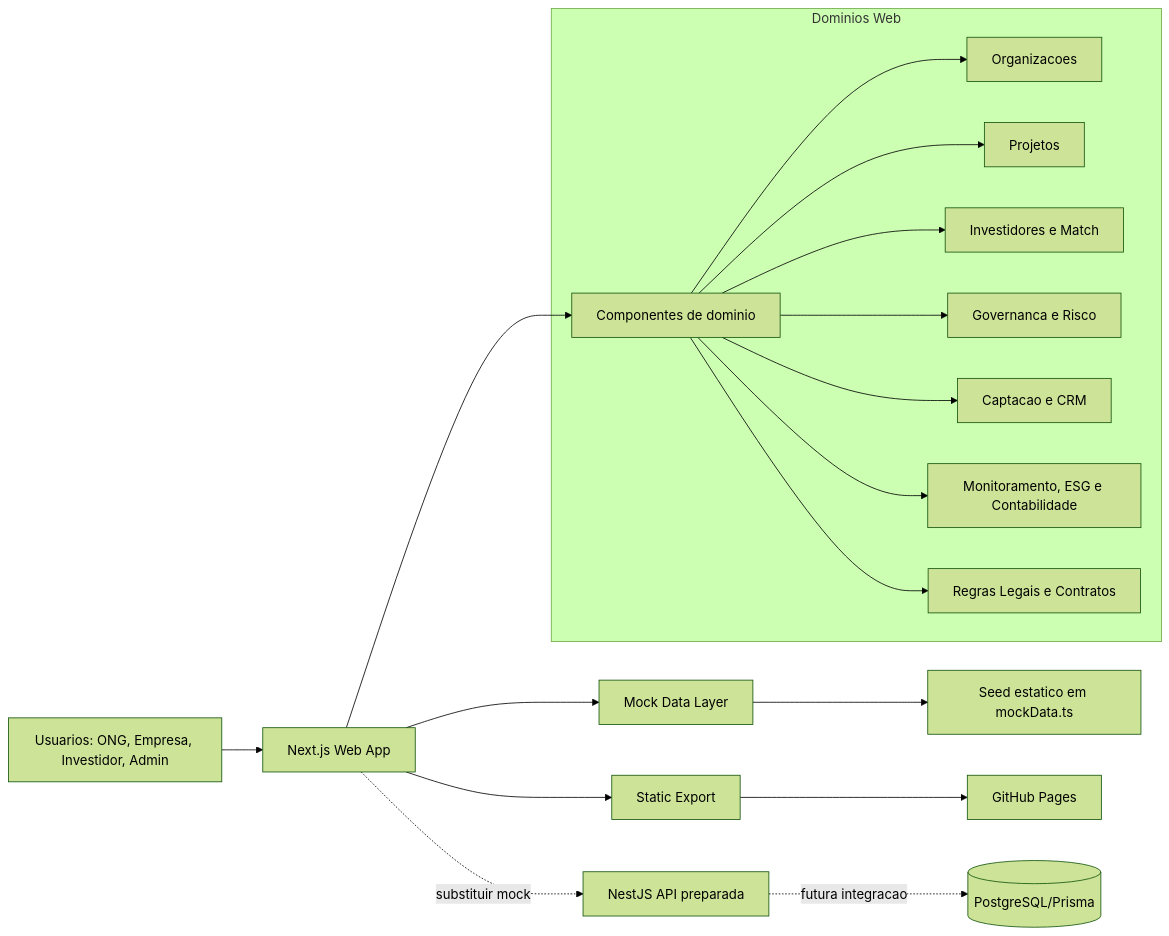
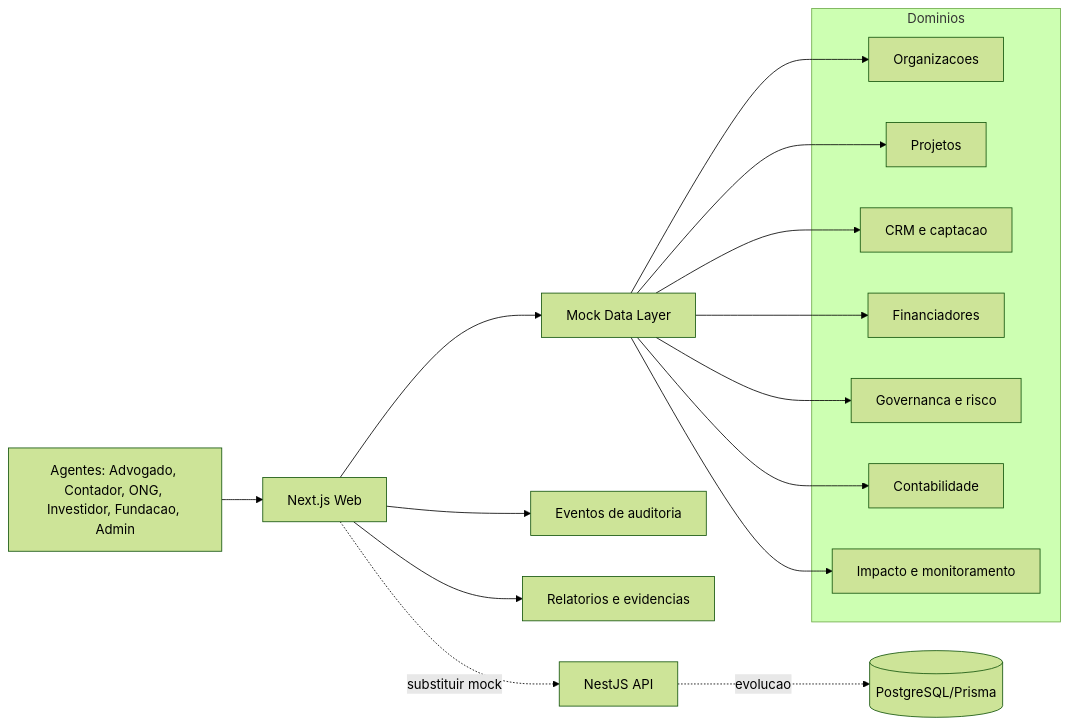
The diagram in Arquitetura-MVP-Tradeoffs.md (wesleyzilva/ONGanizator), drawn with Mermaid (forest theme) before and after one commit. The commit also changed other lines of this file, not shown here.

````diff
--- a/Arquitetura-MVP-Tradeoffs.md
+++ b/Arquitetura-MVP-Tradeoffs.md
@@ -72,23 +50,28 @@
 ```mermaid
 flowchart LR
-  U[Usuarios: ONG, Empresa, Investidor, Admin] --> W[Next.js Web App]
-  W --> MD[Mock Data Layer]
-  W --> UI[Componentes de dominio]
+  A[Agentes: Advogado, Contador, ONG, Investidor, Fundacao, Admin] --> W[Next.js Web]
+  W --> M[Mock Data Layer]
+  W --> E[Eventos de auditoria]
+  W --> R[Relatorios e evidencias]
 
-  subgraph Dominios Web
-    UI --> D1[Organizacoes]
-    UI --> D2[Projetos]
-    UI --> D3[Investidores e Match]
-    UI --> D4[Governanca e Risco]
-    UI --> D5[Captacao e CRM]
-    UI --> D6[Monitoramento, ESG e Contabilidade]
-    UI --> D7[Regras Legais e Contratos]
+  subgraph Dominios
+    O[Organizacoes]
+    P[Projetos]
+    C[CRM e captacao]
+    F[Financiadores]
+    G[Governanca e risco]
+    K[Contabilidade]
+    I[Impacto e monitoramento]
   end
 
-  MD --> S1[Seed estatico em mockData.ts]
-  W --> GH[Static Export]
-  GH --> P[GitHub Pages]
+  M --> O
+  M --> P
+  M --> C
+  M --> F
+  M --> G
+  M --> K
+  M --> I
 
-  API[NestJS API preparada] -. futura integracao .-> DB[(PostgreSQL/Prisma)]
+  API[NestJS API] -. evolucao .-> DB[(PostgreSQL/Prisma)]
   W -. substituir mock .-> API
 ```
````
